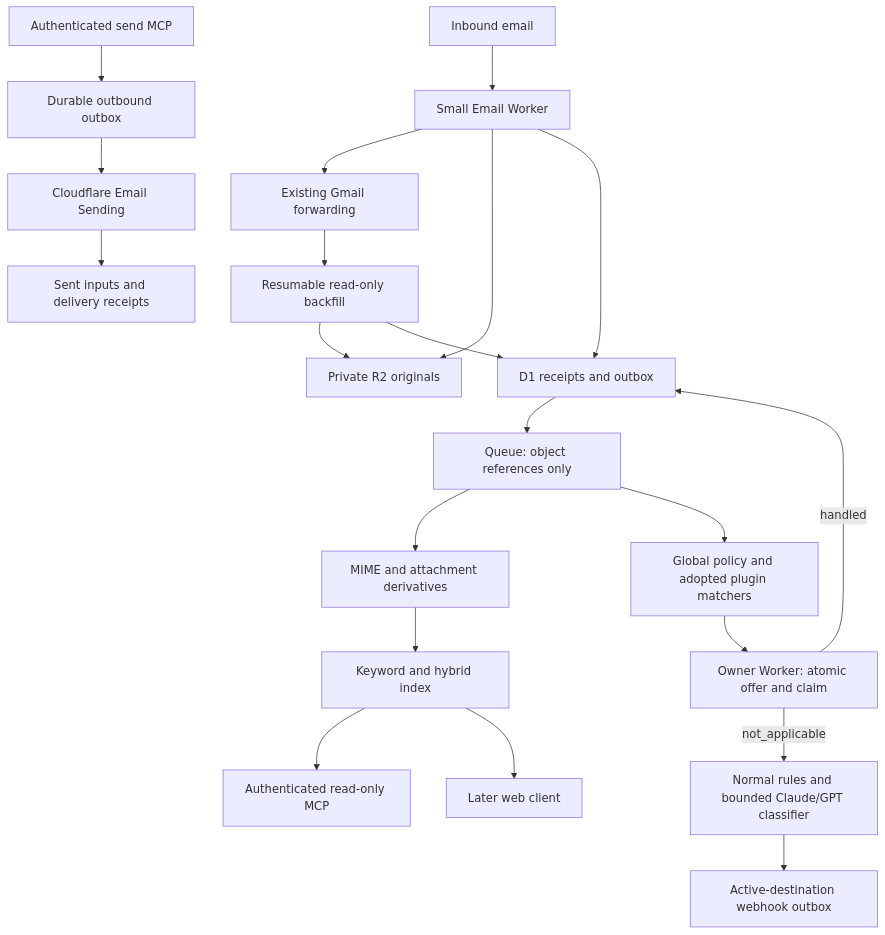
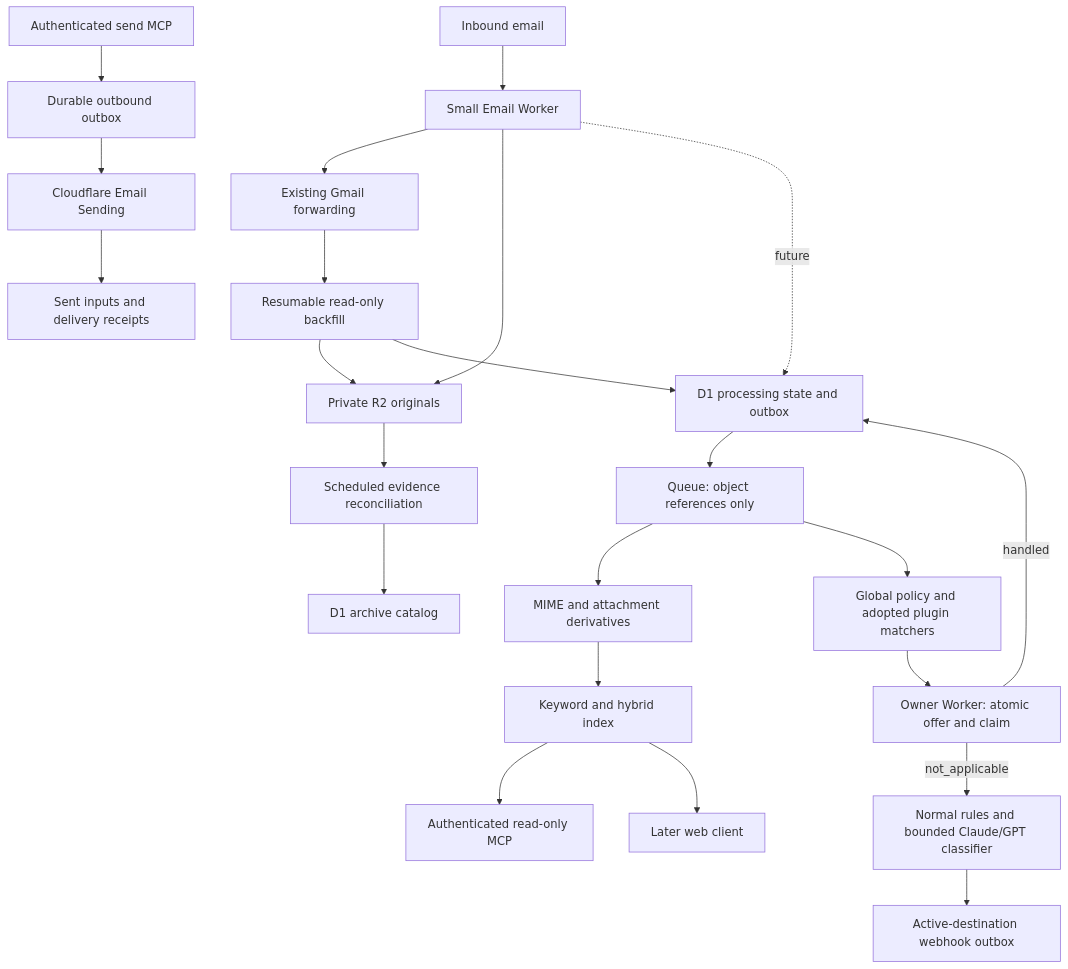
The diagram in docs/architecture.md (risu729/fumi), drawn with Mermaid before and after one commit. The commit also changed other lines of this file and 19 other files, not shown here.

Commit message:
feat: add a recoverable D1 archive catalog

````diff
--- a/docs/architecture.md
+++ b/docs/architecture.md
@@ -12,23 +14,25 @@
 ```mermaid
 flowchart TD
   Mail[Inbound email] --> Ingress[Small Email Worker]
   Ingress --> Gmail[Existing Gmail forwarding]
   Ingress --> Raw[Private R2 originals]
-  Ingress --> Receipt[D1 receipts and outbox]
+  Raw --> Repair[Scheduled evidence reconciliation]
+  Repair --> Catalog[D1 archive catalog]
+  Ingress -.->|future| Receipt[D1 processing state and outbox]
   Gmail --> Import[Resumable read-only backfill]
   Import --> Raw
   Import --> Receipt
   Receipt --> Queue[Queue: object references only]
   Queue --> Normalize[MIME and attachment derivatives]
   Normalize --> Search[Keyword and hybrid index]
   Search --> MCP[Authenticated read-only MCP]
   Search --> Web[Later web client]
   Queue --> Rules[Global policy and adopted plugin matchers]
   Rules --> Owner[Owner Worker: atomic offer and claim]
   Owner -->|not_applicable| Classify[Normal rules and bounded Claude/GPT classifier]
   Owner -->|handled| Receipt
   Classify --> Dispatch[Active-destination webhook outbox]
   SendMCP[Authenticated send MCP] --> SendOutbox[Durable outbound outbox]
   SendOutbox --> Provider[Cloudflare Email Sending]
   Provider --> Sent[Sent inputs and delivery receipts]
 ```
````
